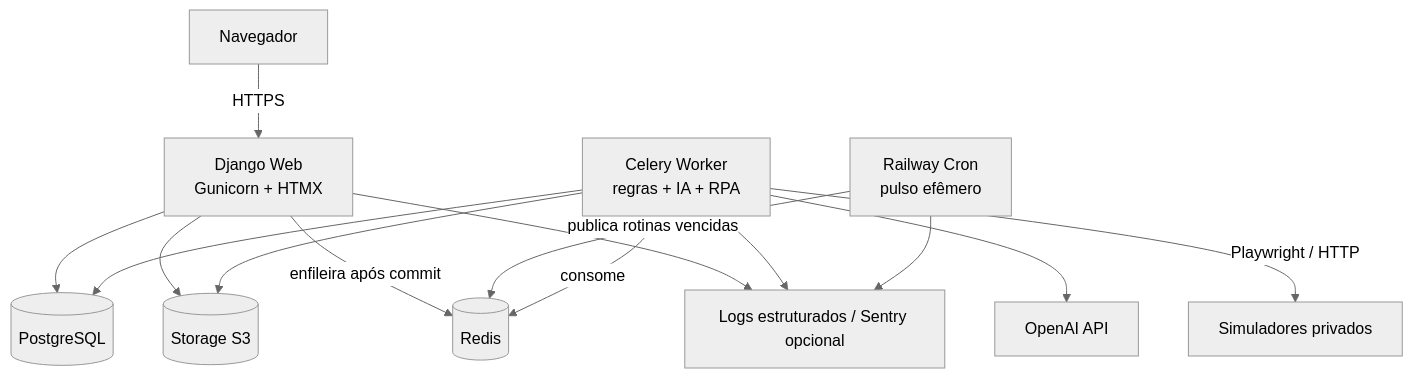
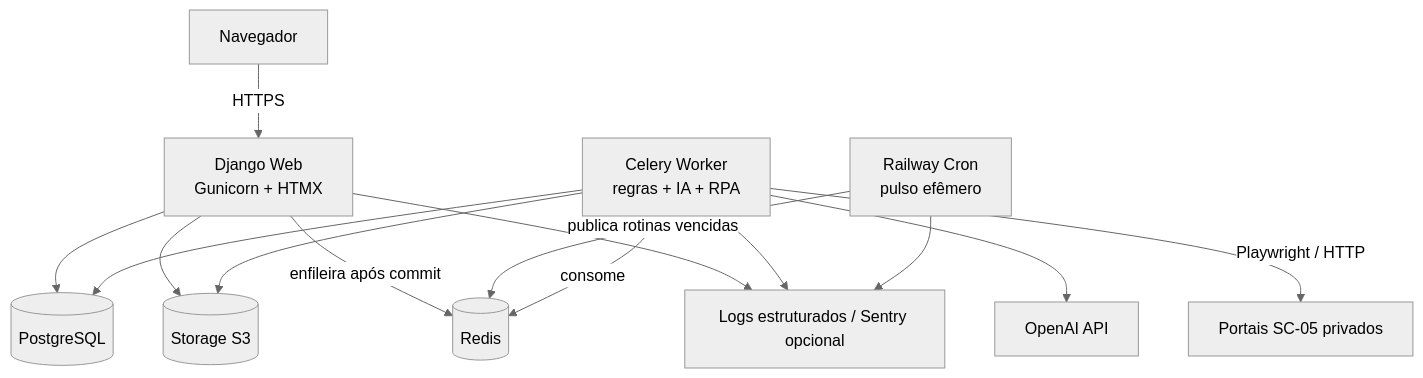
Before and after one commit to Guilherme-Justo/SheepContabil: the second of 2 diagrams in docs/architecture.md, drawn with Mermaid (neutral theme). The commit also changed other lines of this file and 52 other files, not shown here.

````diff
--- a/docs/architecture.md
+++ b/docs/architecture.md
@@ -51,27 +52,27 @@
 ```mermaid
 flowchart TB
     Browser[Navegador]
     Web[Django Web\nGunicorn + HTMX]
     DB[(PostgreSQL)]
     Redis[(Redis)]
     Worker[Celery Worker\nregras + IA + RPA]
     Cron[Railway Cron\npulso efêmero]
     Bucket[(Storage S3)]
-    Simulator[Simuladores privados]
+    Simulator[Portais SC-05 privados]
     OpenAI[OpenAI API]
     Logs[Logs estruturados / Sentry opcional]
 
     Browser -->|HTTPS| Web
     Web --> DB
     Web --> Bucket
     Web -->|enfileira após commit| Redis
     Cron -->|publica rotinas vencidas| Redis
     Worker -->|consome| Redis
     Worker --> DB
     Worker --> Bucket
     Worker --> OpenAI
     Worker -->|Playwright / HTTP| Simulator
     Web --> Logs
     Worker --> Logs
     Cron --> Logs
 ```
````
